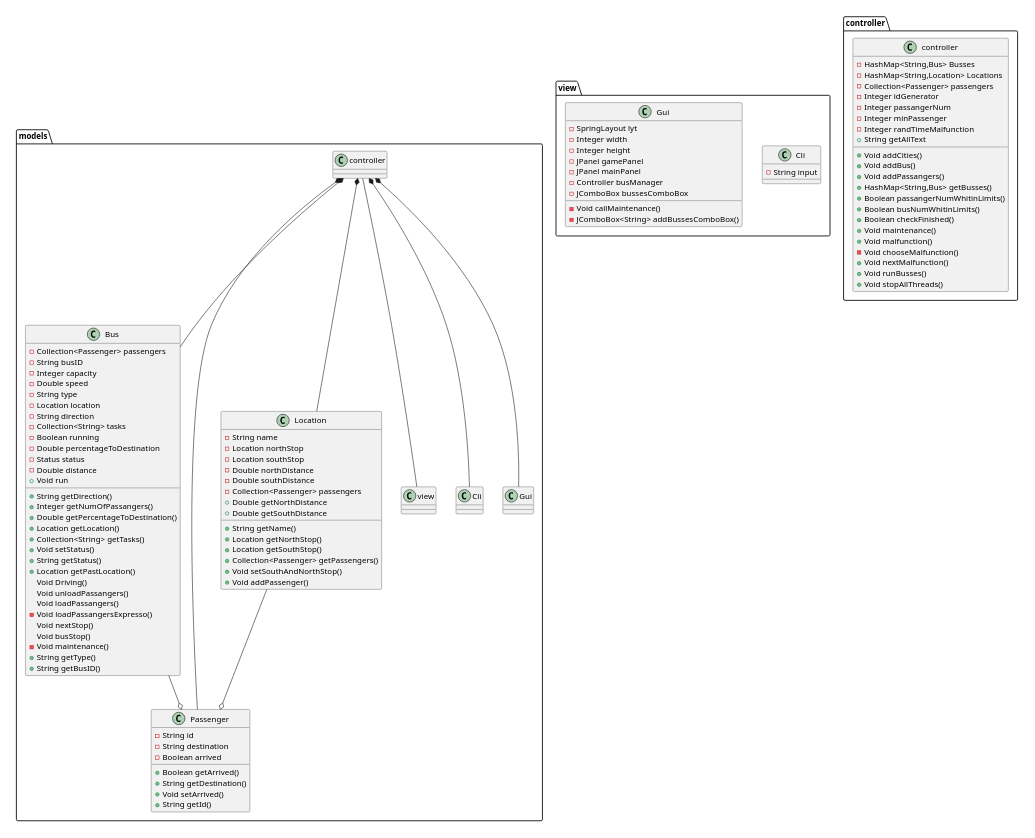
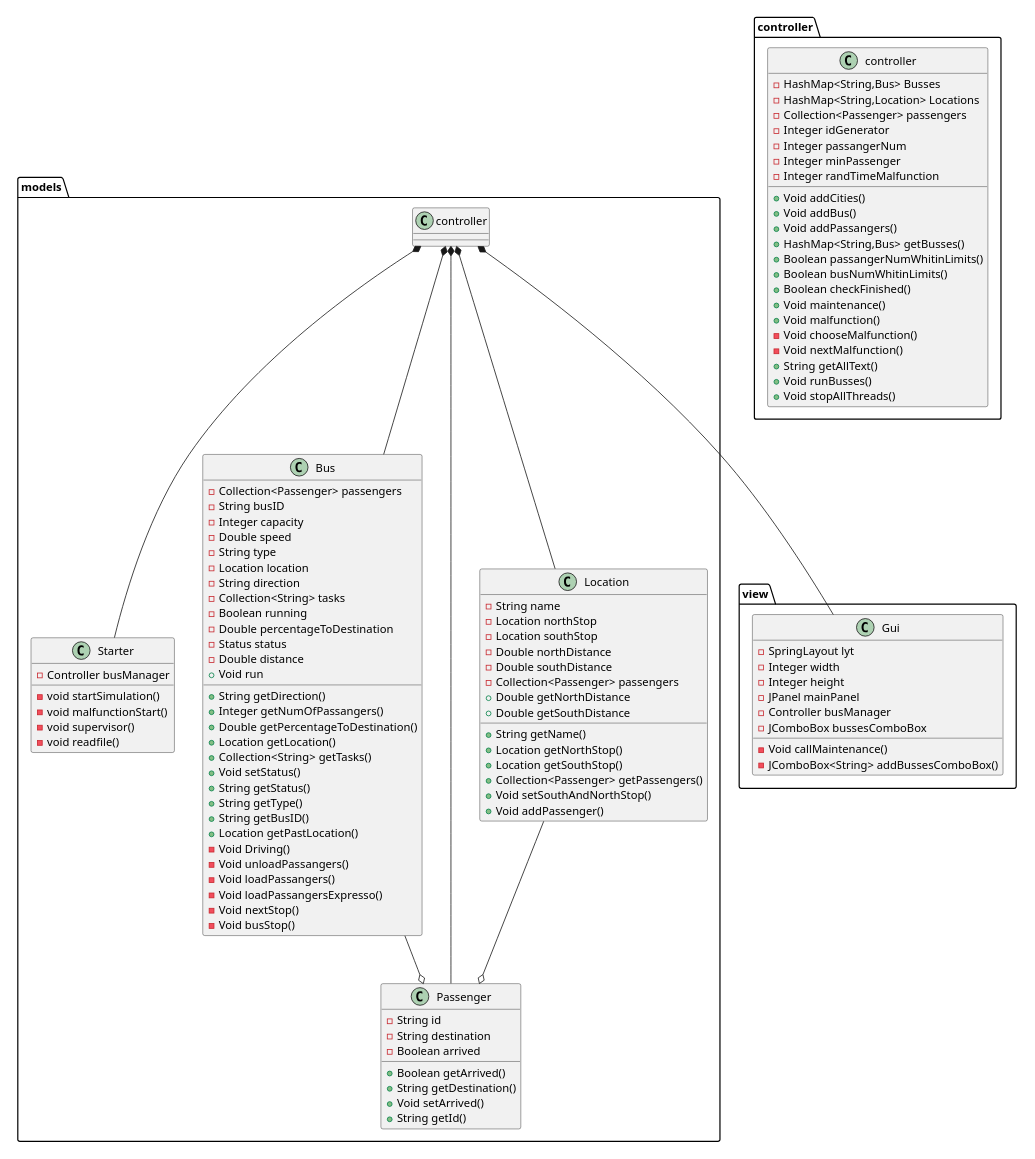
One commit to NunoCartaxoUAL/PP-Projeto changed the diagram in design/Diagram.puml. Above: the diagram before and after it, drawn with PlantUML. The commit also changed 23 other files, not shown here.

```diff
--- a/design/Diagram.puml
+++ b/design/Diagram.puml
@@ -1,125 +1,126 @@
 @startuml
 
 
 scale 600 width
 
+package view {
+
+    class Gui{
+        -SpringLayout lyt
+        -Integer width
+        -Integer height
+        -JPanel mainPanel
+        -Controller busManager
+        -JComboBox bussesComboBox
+        -Void callMaintenance()
+        -JComboBox<String> addBussesComboBox()
+    }
+
+}
 package models{
+    class Starter{
+        -Controller busManager
+        -void startSimulation()
+        -void malfunctionStart()
+        -void supervisor()
+        -void readfile()
+    }
     class Bus{
         -Collection<Passenger> passengers
         -String busID
         -Integer capacity
         -Double speed
         -String type
         -Location location
         -String direction
         -Collection<String> tasks
         -Boolean running
         -Double percentageToDestination
         -Status status
         -Double distance
         +String getDirection()
         +Integer getNumOfPassangers()
         +Double getPercentageToDestination()
         +Location getLocation()
         +Collection<String> getTasks()
         +Void setStatus()
         +String getStatus()
-        +Location getPastLocation()
-        Void Driving()
-        Void unloadPassangers()
-        Void loadPassangers()
-        -Void loadPassangersExpresso()
-        Void nextStop()
-        Void busStop()
-        -Void maintenance()
-        +Void run
         +String getType()
         +String getBusID()
+        +Location getPastLocation()
+        -Void Driving()
+        -Void unloadPassangers()
+        -Void loadPassangers()
+        -Void loadPassangersExpresso()
+        -Void nextStop()
+        -Void busStop()
+        +Void run
     }
 
     class Passenger{
         -String id
         -String destination
         -Boolean arrived
         +Boolean getArrived()
         +String getDestination()
         +Void setArrived()
         +String getId()
     }
 
     class Location{
         -String name
         -Location northStop
         -Location southStop
         -Double northDistance
         -Double southDistance
         -Collection<Passenger> passengers
         +String getName()
         +Location getNorthStop()
         +Location getSouthStop()
         +Double getNorthDistance
         +Double getSouthDistance
         +Collection<Passenger> getPassengers()
         +Void setSouthAndNorthStop()
         +Void addPassenger()
     }
 
 
     Bus --o Passenger
     Location --o Passenger
     controller *-- Bus
     controller *-- Location
     controller *-- Passenger
-    controller -- view
-    controller *-- Cli
+    controller *-- Starter
     controller *-- Gui
 
 }
 
-package view {
 
-    class Cli{
-        -String input
-    }
-
-    class Gui{
-        -SpringLayout lyt
-        -Integer width
-        -Integer height
-        -JPanel gamePanel
-        -JPanel mainPanel
-        -Controller busManager
-        -JComboBox bussesComboBox
-        -Void callMaintenance()
-        -JComboBox<String> addBussesComboBox()
-    }
-
-}
 
 package controller {
     class controller{
         -HashMap<String,Bus> Busses
         -HashMap<String,Location> Locations
         -Collection<Passenger> passengers
         -Integer idGenerator
         -Integer passangerNum
         -Integer minPassenger
         -Integer randTimeMalfunction
         +Void addCities()
         +Void addBus()
         +Void addPassangers()
         +HashMap<String,Bus> getBusses()
         +Boolean passangerNumWhitinLimits()
         +Boolean busNumWhitinLimits()
         +Boolean checkFinished()
         +Void maintenance()
         +Void malfunction()
         -Void chooseMalfunction()
-        +Void nextMalfunction()
-        +String getAllText
+        -Void nextMalfunction()
+        +String getAllText()
         +Void runBusses()
         +Void stopAllThreads()
     }
 }
 
 @enduml
```
